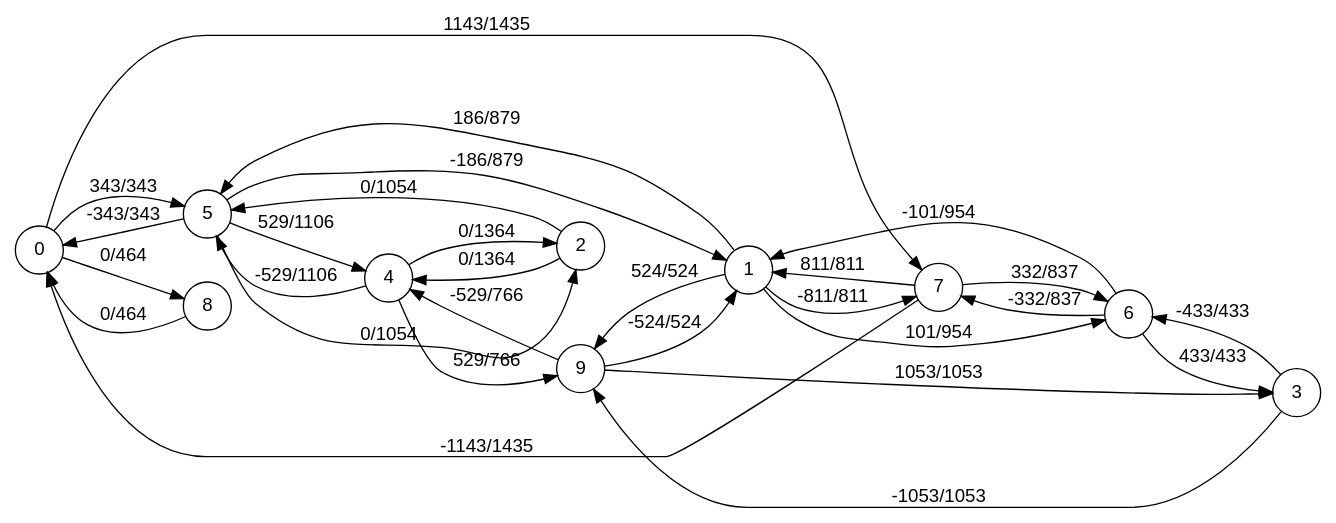
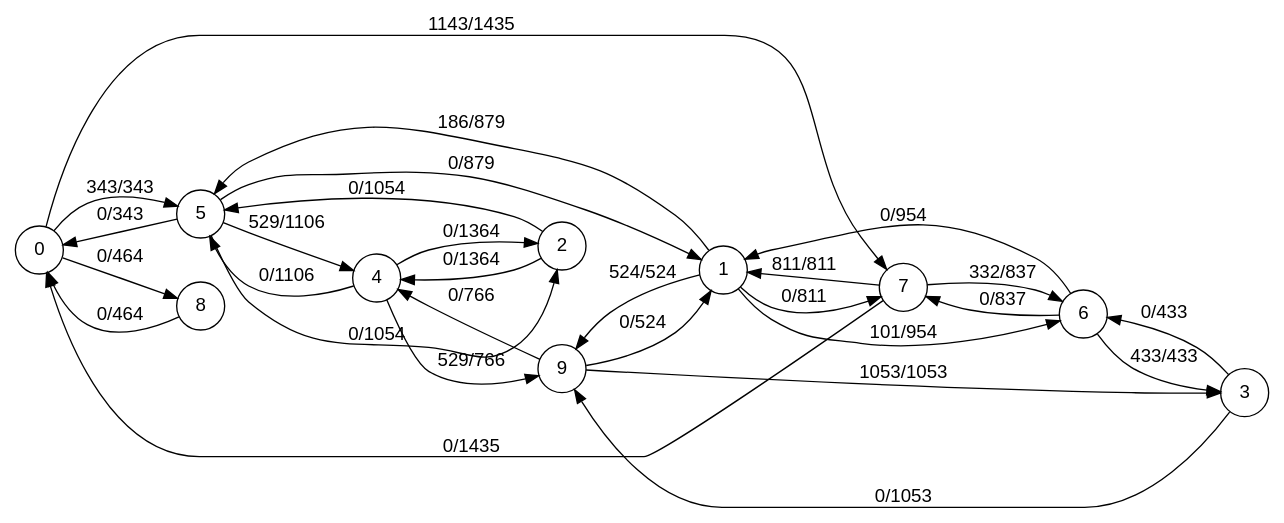
One commit to nicolasmggRigal/Ford-Fulkerson-OCaml changed the diagram in graph.gv. Above: the diagram before and after it, drawn with Graphviz. The commit also changed 7 other files, not shown here.

Commit message:
adaptation pour graphes bidirectionnels

```diff
--- a/graph.gv
+++ b/graph.gv
@@ -1,35 +1,35 @@
 digraph outgraph {
 		fontname="Helvetica,Arial,sans-serif"
 		node [fontname="Helvetica,Arial,sans-serif"]
 		edge [fontname="Helvetica,Arial,sans-serif"]
 		rankdir=LR;
 		node [shape = circle]; 0 1 2 3 4 5 6 7 8 9
 	2 -> 5 [label = "0/1054"];
 	2 -> 4 [label = "0/1364"];
-	5 -> 0 [label = "-343/343"];
-	5 -> 1 [label = "-186/879"];
+	5 -> 0 [label = "0/343"];
+	5 -> 1 [label = "0/879"];
 	5 -> 2 [label = "0/1054"];
 	5 -> 4 [label = "529/1106"];
 	8 -> 0 [label = "0/464"];
 	0 -> 5 [label = "343/343"];
 	0 -> 8 [label = "0/464"];
 	0 -> 7 [label = "1143/1435"];
-	6 -> 1 [label = "-101/954"];
+	6 -> 1 [label = "0/954"];
 	6 -> 3 [label = "433/433"];
-	6 -> 7 [label = "-332/837"];
+	6 -> 7 [label = "0/837"];
 	7 -> 1 [label = "811/811"];
-	7 -> 0 [label = "-1143/1435"];
+	7 -> 0 [label = "0/1435"];
 	7 -> 6 [label = "332/837"];
 	4 -> 2 [label = "0/1364"];
-	4 -> 5 [label = "-529/1106"];
+	4 -> 5 [label = "0/1106"];
 	4 -> 9 [label = "529/766"];
-	3 -> 6 [label = "-433/433"];
-	3 -> 9 [label = "-1053/1053"];
-	9 -> 4 [label = "-529/766"];
+	3 -> 6 [label = "0/433"];
+	3 -> 9 [label = "0/1053"];
+	9 -> 4 [label = "0/766"];
 	9 -> 3 [label = "1053/1053"];
-	9 -> 1 [label = "-524/524"];
+	9 -> 1 [label = "0/524"];
 	1 -> 6 [label = "101/954"];
 	1 -> 5 [label = "186/879"];
-	1 -> 7 [label = "-811/811"];
+	1 -> 7 [label = "0/811"];
 	1 -> 9 [label = "524/524"];
 }
```
